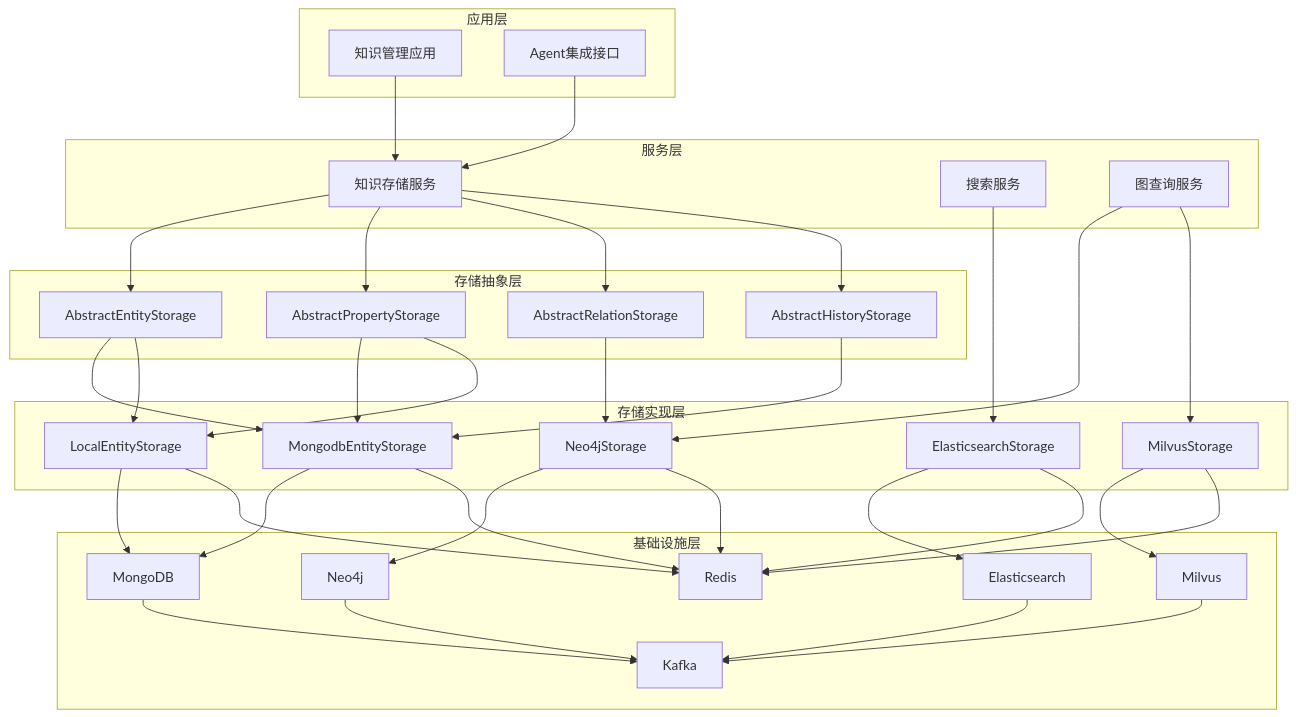
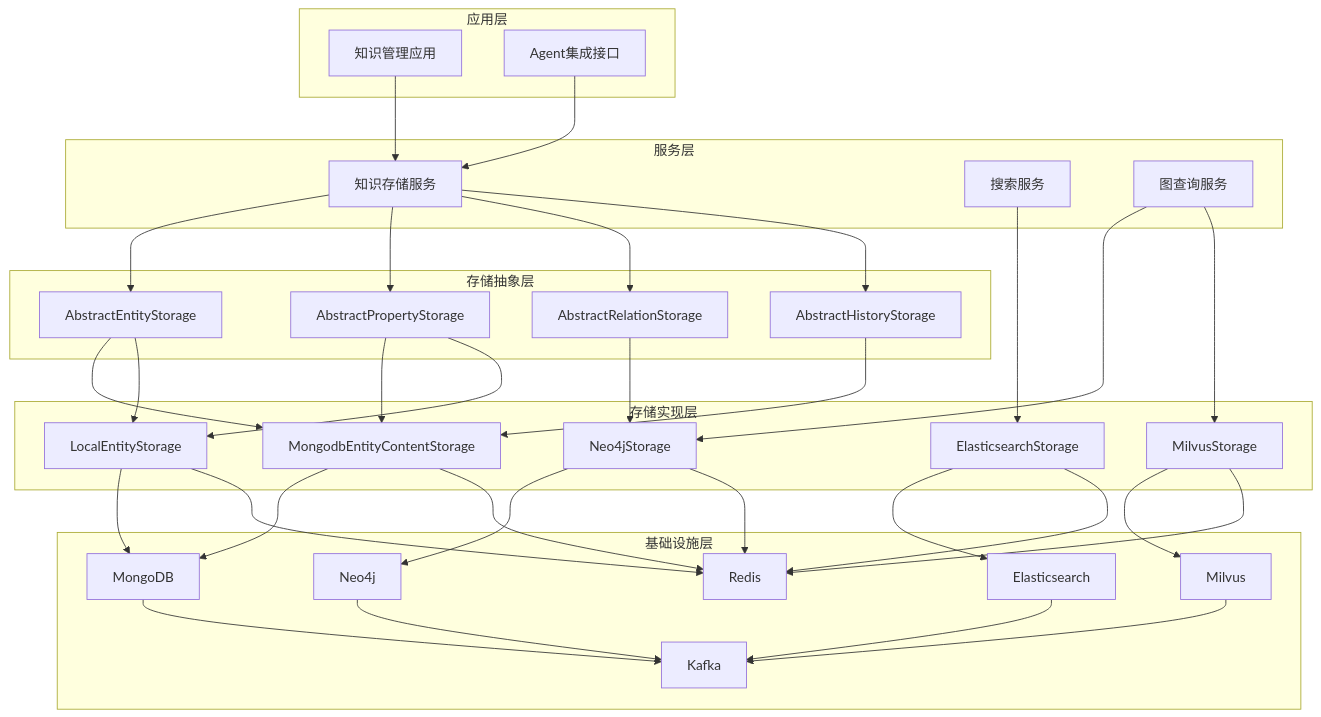
One commit to wjixiang/aikb changed the diagram in README.md. Above: the diagram before and after it, drawn with Mermaid. The commit also changed 11 other files, not shown here.

````diff
--- a/README.md
+++ b/README.md
@@ -14,69 +14,69 @@
 ```mermaid
 graph TB
     subgraph "应用层"
         A[知识管理应用]
         B[Agent集成接口]
     end
     
     subgraph "服务层"
         C[知识存储服务]
         D[搜索服务]
         E[图查询服务]
     end
     
     subgraph "存储抽象层"
         F[AbstractEntityStorage]
         G[AbstractPropertyStorage]
         H[AbstractRelationStorage]
         I[AbstractHistoryStorage]
     end
     
     subgraph "存储实现层"
-        J[MongodbEntityStorage]
+        J[MongodbEntityContentStorage]
         K[LocalEntityStorage]
         L[ElasticsearchStorage]
         M[Neo4jStorage]
         N[MilvusStorage]
     end
     
     subgraph "基础设施层"
         O[MongoDB]
         P[Elasticsearch]
         Q[Neo4j]
         R[Milvus]
         S[Kafka]
         T[Redis]
     end
     
     A --> C
     B --> C
     C --> F
     C --> G
     C --> H
     C --> I
     F --> J
     F --> K
     G --> J
     G --> K
     H --> M
     I --> J
     D --> L
     E --> M
     E --> N
     J --> O
     K --> O
     L --> P
     M --> Q
     N --> R
     J --> T
     K --> T
     L --> T
     M --> T
     N --> T
     O --> S
     P --> S
     Q --> S
     R --> S
 
 
 ```
````
